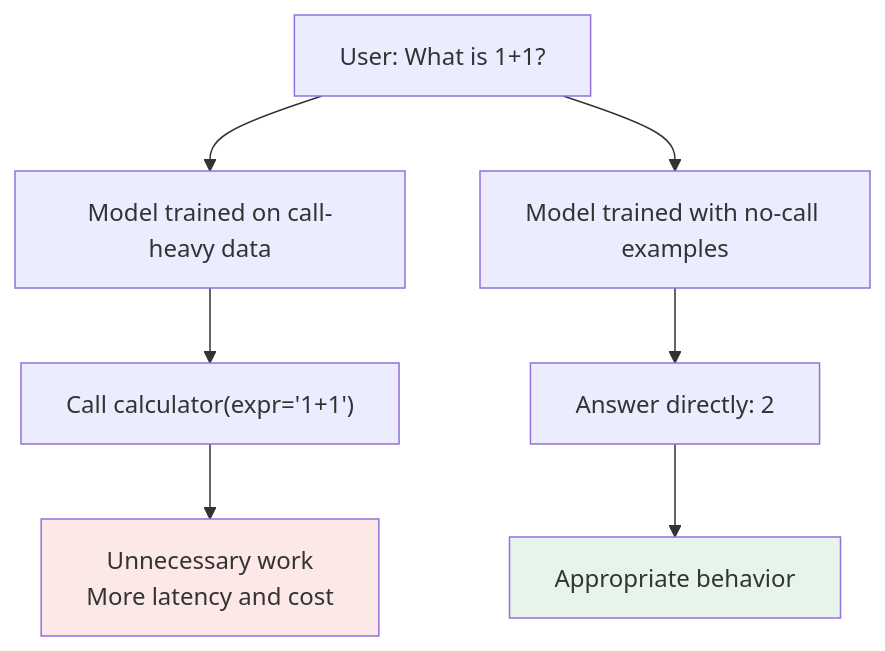
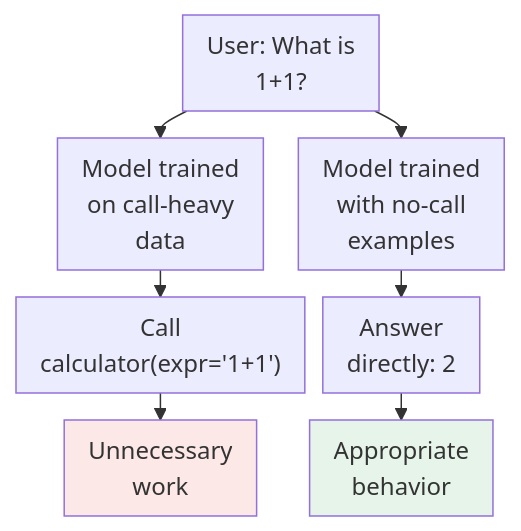
One commit to zongyangbigpolo/awesome-ai-roadmap changed the second of 5 diagrams in docs/tools/01-function-calling/02-tool-learning.md. Above: the diagram before and after it, drawn with Mermaid. The commit also changed other lines of this file and 320 other files, not shown here.

First line of the commit message:
Prepare compact bilingual diagrams and centralized references for Kindle RC2

````diff
--- a/docs/tools/01-function-calling/02-tool-learning.md
+++ b/docs/tools/01-function-calling/02-tool-learning.md
@@ -84,13 +92,14 @@
 ```mermaid
+%%{init: {"flowchart": {"nodeSpacing": 12, "rankSpacing": 18, "padding": 8}}}%%
 flowchart TB
-    Q["User: What is 1+1?"] --> SFTM["Model trained on call-heavy data"]
-    SFTM --> A1["Call calculator(expr='1+1')"]
-    A1 --> BAD["Unnecessary work<br/>More latency and cost"]
+    Q["User: What is<br/>1+1?"] --> SFTM["Model trained<br/>on call-heavy<br/>data"]
+    SFTM --> A1["Call<br/>calculator(expr='1+1')"]
+    A1 --> BAD["Unnecessary<br/>work"]
 
-    Q --> RLM["Model trained with no-call examples"]
-    RLM --> A2["Answer directly: 2"]
-    A2 --> GOOD["Appropriate behavior"]
+    Q --> RLM["Model trained<br/>with no-call<br/>examples"]
+    RLM --> A2["Answer<br/>directly: 2"]
+    A2 --> GOOD["Appropriate<br/>behavior"]
 
     style BAD fill:#fce8e6
     style GOOD fill:#e6f4ea
 ```
````
